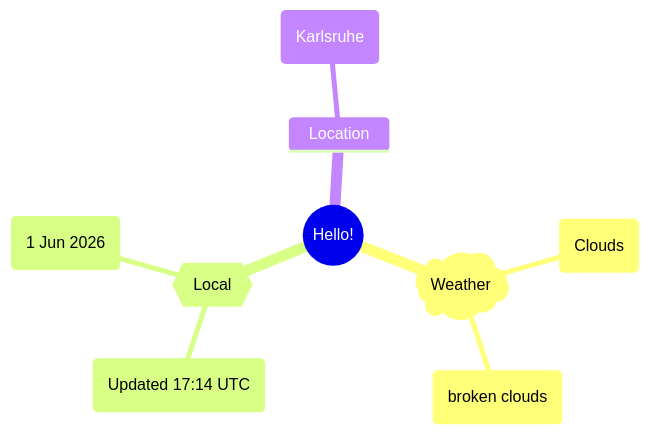
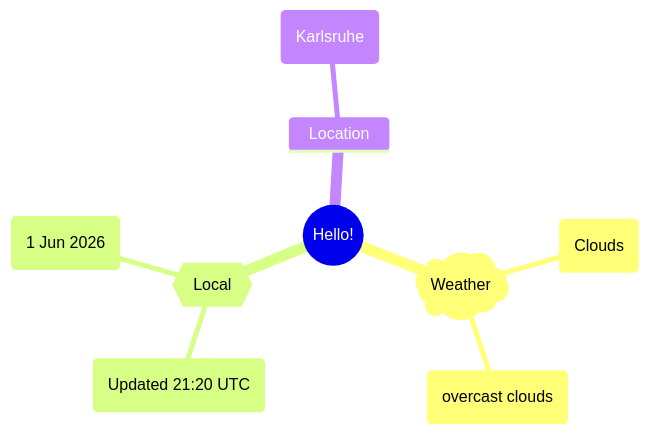
One commit to Xosrov/Xosrov changed the first of 2 diagrams in README.md. Above: the diagram before and after it, drawn with Mermaid.

Commit message:
[bot] updated images

````diff
--- a/README.md
+++ b/README.md
@@ -3,12 +3,12 @@
 ```mermaid
 mindmap
   root((Hello!))
     )Weather(
         (Clouds)
-        (broken clouds)
+        (overcast clouds)
     {{Local}}
-        (Updated 17:14 UTC)
+        (Updated 21:20 UTC)
         (1 Jun 2026)
     Location
         (Karlsruhe)
 ```
````
